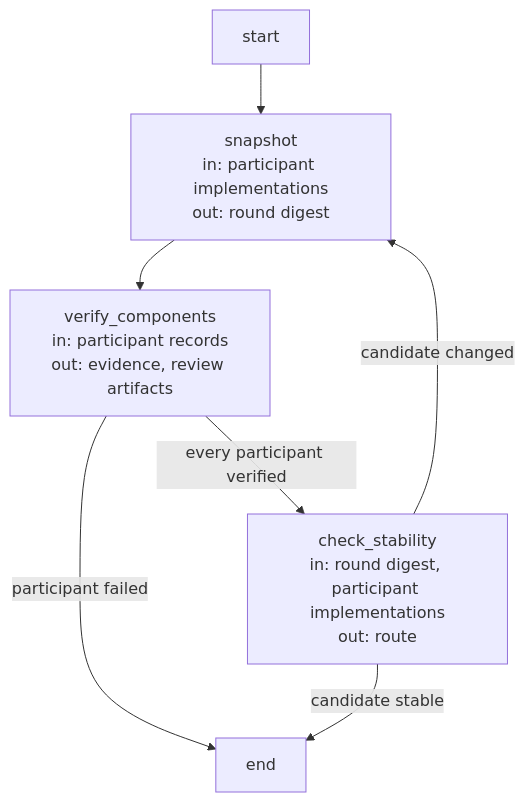
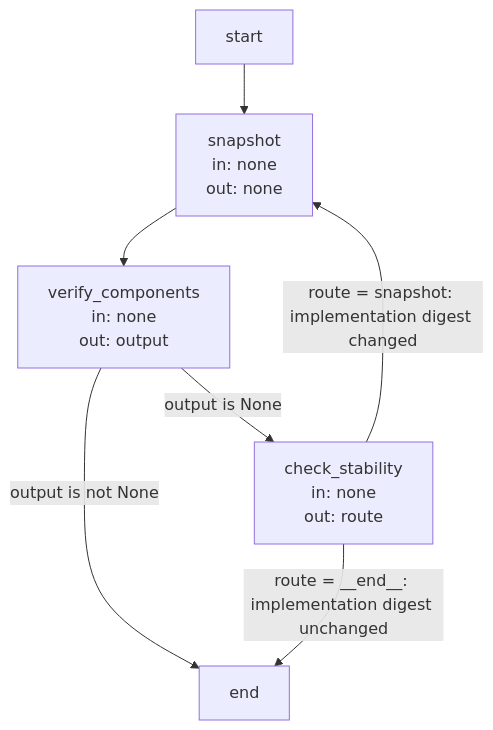
The second of 2 diagrams in specs/concorde/implementation/execution-reference.md (FTOD/concorde), drawn with Mermaid before and after one commit. The commit also changed other lines of this file and 10 other files, not shown here.

Commit message:
docs: clarify LangGraph state and routing in operation diagrams

````diff
--- a/specs/concorde/implementation/execution-reference.md
+++ b/specs/concorde/implementation/execution-reference.md
@@ -157,17 +171,17 @@
 ```mermaid
 flowchart TB
     %% graph: stabilization_graph
     accTitle: Shared candidate stabilization Graph
     accDescr: Each round snapshots the candidate, verifies every participant and repeats while a repair changed the candidate; a failed participant ends the Graph.
     __start__["start"]
-    snapshot["snapshot<br/>in: participant implementations<br/>out: round digest"]
-    verify_components["verify_components<br/>in: participant records<br/>out: evidence, review artifacts"]
-    check_stability["check_stability<br/>in: round digest, participant implementations<br/>out: route"]
+    snapshot["snapshot<br/>in: none<br/>out: none"]
+    verify_components["verify_components<br/>in: none<br/>out: output"]
+    check_stability["check_stability<br/>in: none<br/>out: route"]
     __end__["end"]
     __start__ --> snapshot
     snapshot --> verify_components
-    verify_components -->|every participant verified| check_stability
-    verify_components -->|participant failed| __end__
-    check_stability -->|candidate changed| snapshot
-    check_stability -->|candidate stable| __end__
+    verify_components -->|output is None| check_stability
+    verify_components -->|output is not None| __end__
+    check_stability -->|route = snapshot: implementation digest changed| snapshot
+    check_stability -->|route = __end__: implementation digest unchanged| __end__
 ```
````
